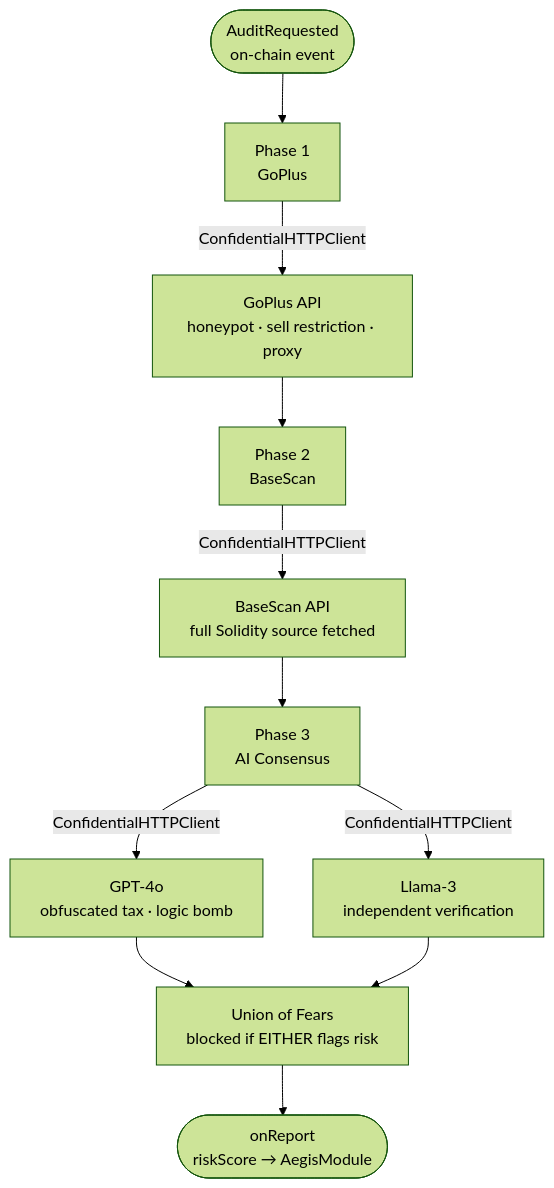
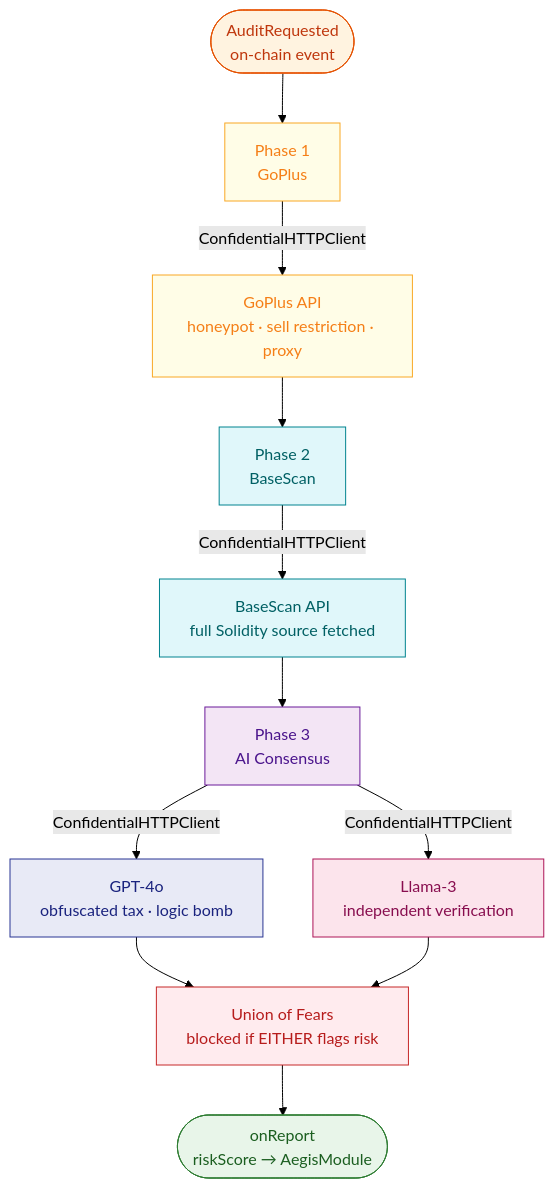
Before and after one commit to vjb/aegis-v4: the diagram in cre-node/README.md, drawn with Mermaid (forest theme). The commit also changed 5 other files, not shown here.

Commit message:
docs: full review pass — colored mermaid diagrams, fix test counts, add sample output links

````diff
--- a/cre-node/README.md
+++ b/cre-node/README.md
@@ -7,13 +7,24 @@
 ```mermaid
 flowchart TD
     A(["AuditRequested\non-chain event"]) --> B["Phase 1\nGoPlus"]
     B --> |"ConfidentialHTTPClient"| C["GoPlus API\nhoneypot · sell restriction · proxy"]
     C --> D["Phase 2\nBaseScan"]
     D --> |"ConfidentialHTTPClient"| E["BaseScan API\nfull Solidity source fetched"]
     E --> F["Phase 3\nAI Consensus"]
     F --> |"ConfidentialHTTPClient"| G["GPT-4o\nobfuscated tax · logic bomb"]
     F --> |"ConfidentialHTTPClient"| H["Llama-3\nindependent verification"]
     G --> I["Union of Fears\nblocked if EITHER flags risk"]
     H --> I
     I --> J(["onReport\nriskScore → AegisModule"])
+
+    style A fill:#fff3e0,stroke:#e65100,color:#bf360c
+    style B fill:#fffde7,stroke:#f9a825,color:#f57f17
+    style C fill:#fffde7,stroke:#f9a825,color:#f57f17
+    style D fill:#e0f7fa,stroke:#00838f,color:#006064
+    style E fill:#e0f7fa,stroke:#00838f,color:#006064
+    style F fill:#f3e5f5,stroke:#6a1b9a,color:#4a148c
+    style G fill:#e8eaf6,stroke:#283593,color:#1a237e
+    style H fill:#fce4ec,stroke:#ad1457,color:#880e4f
+    style I fill:#ffebee,stroke:#c62828,color:#b71c1c
+    style J fill:#e8f5e9,stroke:#2e7d32,color:#1b5e20
 ```
````
